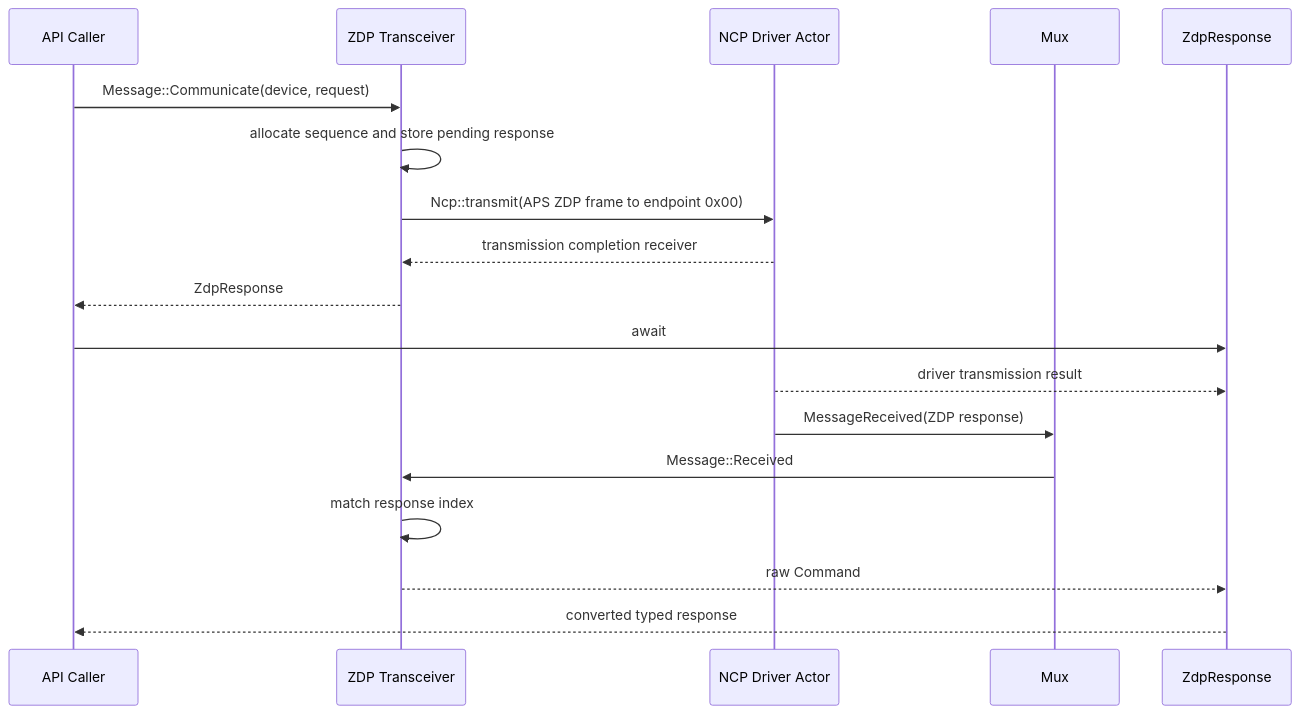
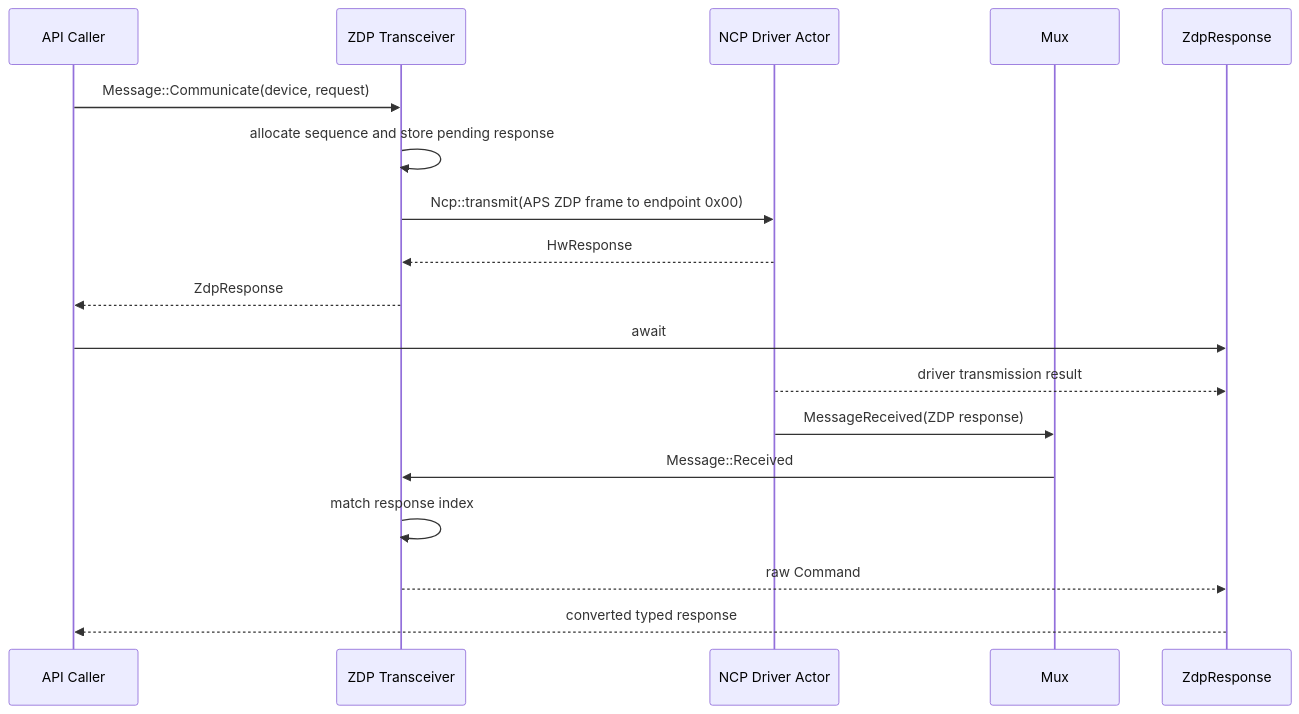
Before and after one commit to PaulmannLighting/apis-saltans: the sixth of 8 diagrams in coordinator/ARCHITECTURE.md, drawn with Mermaid. The commit also changed other lines of this file and 21 other files, not shown here.

````diff
--- a/coordinator/ARCHITECTURE.md
+++ b/coordinator/ARCHITECTURE.md
@@ -261,21 +261,21 @@
 ```mermaid
 sequenceDiagram
     participant API as API Caller
     participant ZDP as ZDP Transceiver
     participant HW as NCP Driver Actor
     participant M as Mux
     participant R as ZdpResponse
 
     API->>ZDP: Message::Communicate(device, request)
     ZDP->>ZDP: allocate sequence and store pending response
     ZDP->>HW: Ncp::transmit(APS ZDP frame to endpoint 0x00)
-    HW-->>ZDP: transmission completion receiver
+    HW-->>ZDP: HwResponse
     ZDP-->>API: ZdpResponse
     API->>R: await
     HW-->>R: driver transmission result
     HW->>M: MessageReceived(ZDP response)
     M->>ZDP: Message::Received
     ZDP->>ZDP: match response index
     ZDP-->>R: raw Command
     R-->>API: converted typed response
 ```
````
